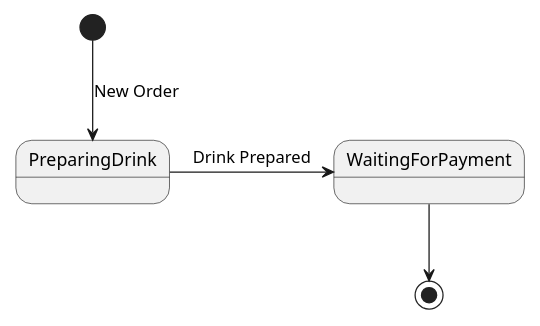
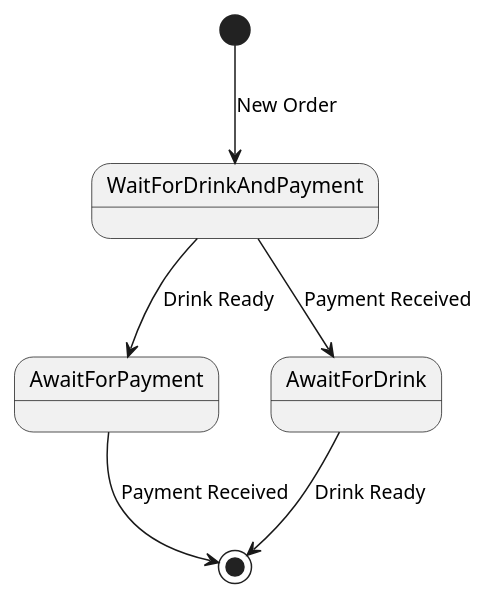
One commit to klimisa/ProcessManager101CSharp changed the diagram in ProcessManager101CSharp.Barista.Process/barista.puml. Above: the diagram before and after it, drawn with PlantUML. The commit also changed 10 other files, not shown here.

```diff
--- a/ProcessManager101CSharp.Barista.Process/barista.puml
+++ b/ProcessManager101CSharp.Barista.Process/barista.puml
@@ -1,9 +1,12 @@
 @startuml
 
-scale 350 width
-[*] --> PreparingDrink: New Order
+[*] --> WaitForDrinkAndPayment: New Order
 
-PreparingDrink -> WaitingForPayment: Drink Prepared
-WaitingForPayment --> [*]
+WaitForDrinkAndPayment -->  AwaitForPayment : Drink Ready
+WaitForDrinkAndPayment -->  AwaitForDrink : Payment Received
+
+AwaitForPayment --> [*] : Payment Received
+AwaitForDrink --> [*] : Drink Ready
+
 
 @enduml
```
